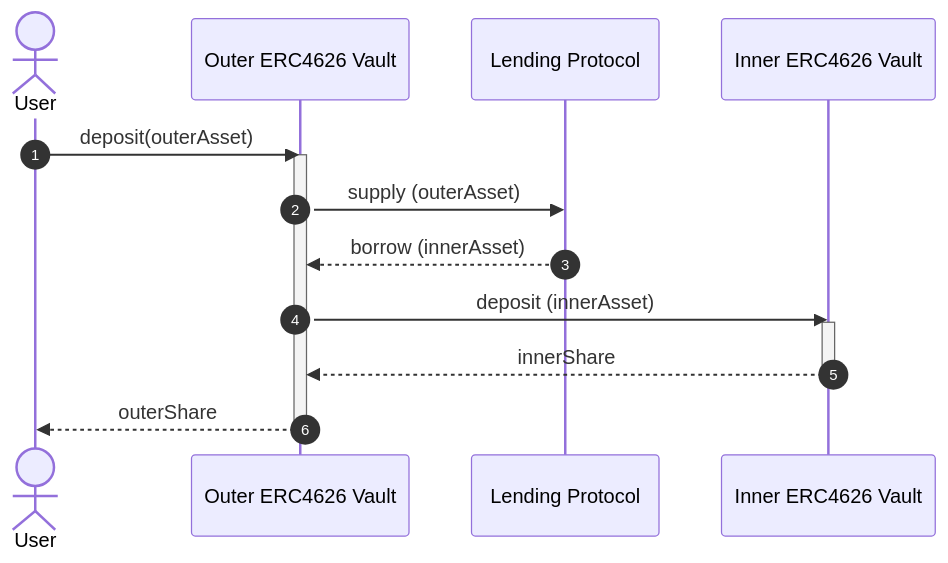
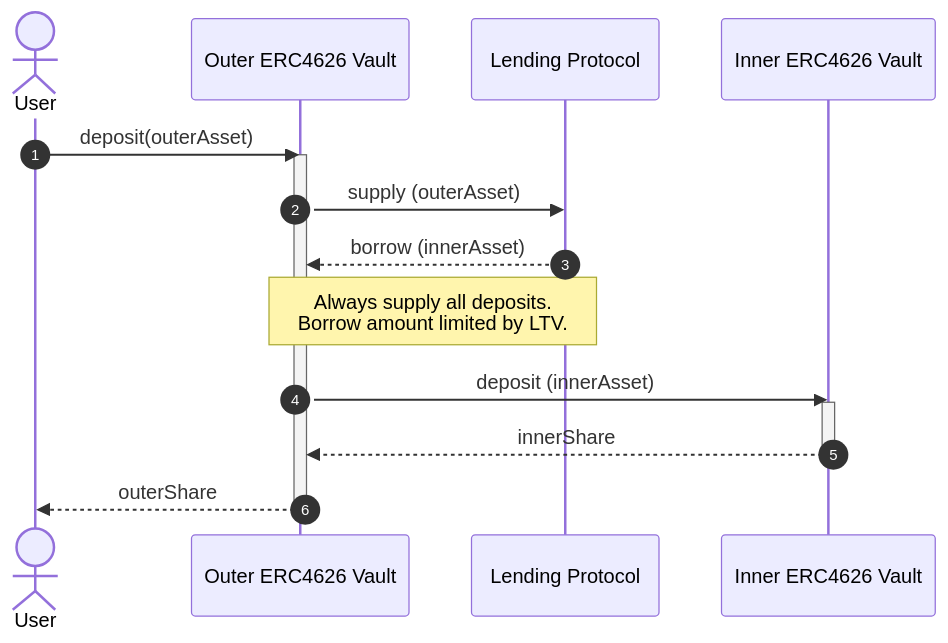
One commit to onflow/flow-credit-markets changed the second of 6 diagrams in docs/architecture.md. Above: the diagram before and after it, drawn with Mermaid. The commit also changed other lines of this file, not shown here.

Commit message:
extend withdraw docs and diagrams

````diff
--- a/docs/architecture.md
+++ b/docs/architecture.md
@@ -54,22 +55,23 @@
 ```mermaid
 sequenceDiagram
     autonumber
     actor User
     participant Outer as Outer ERC4626 Vault
     participant Lender as Lending Protocol
     participant Inner as Inner ERC4626 Vault
 
     User->>Outer: deposit(outerAsset)
     activate Outer
 
     Outer->>Lender: supply (outerAsset)
     Lender-->>Outer: borrow (innerAsset)
+    Note over Lender,Outer: Always supply all deposits. <br />Borrow amount limited by LTV.
 
     Outer->>Inner: deposit (innerAsset)
     activate Inner
     Inner-->>Outer: innerShare
     deactivate Inner
 
     Outer-->>User: outerShare
     deactivate Outer
 ```
````
